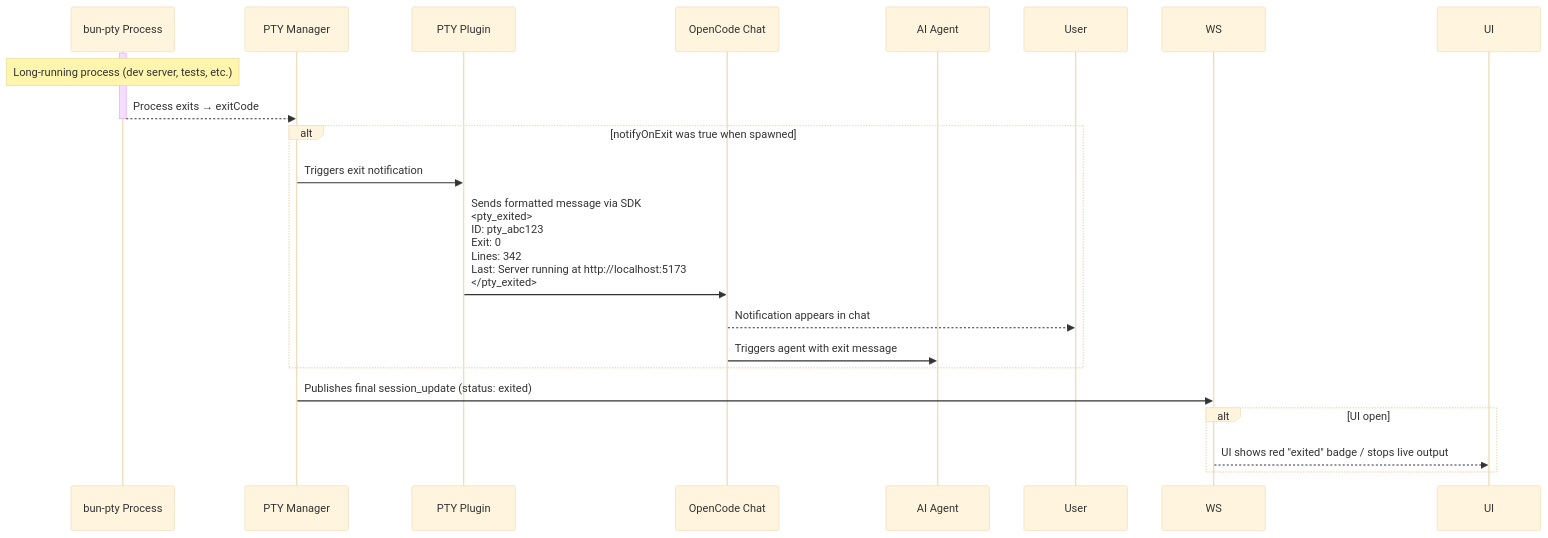
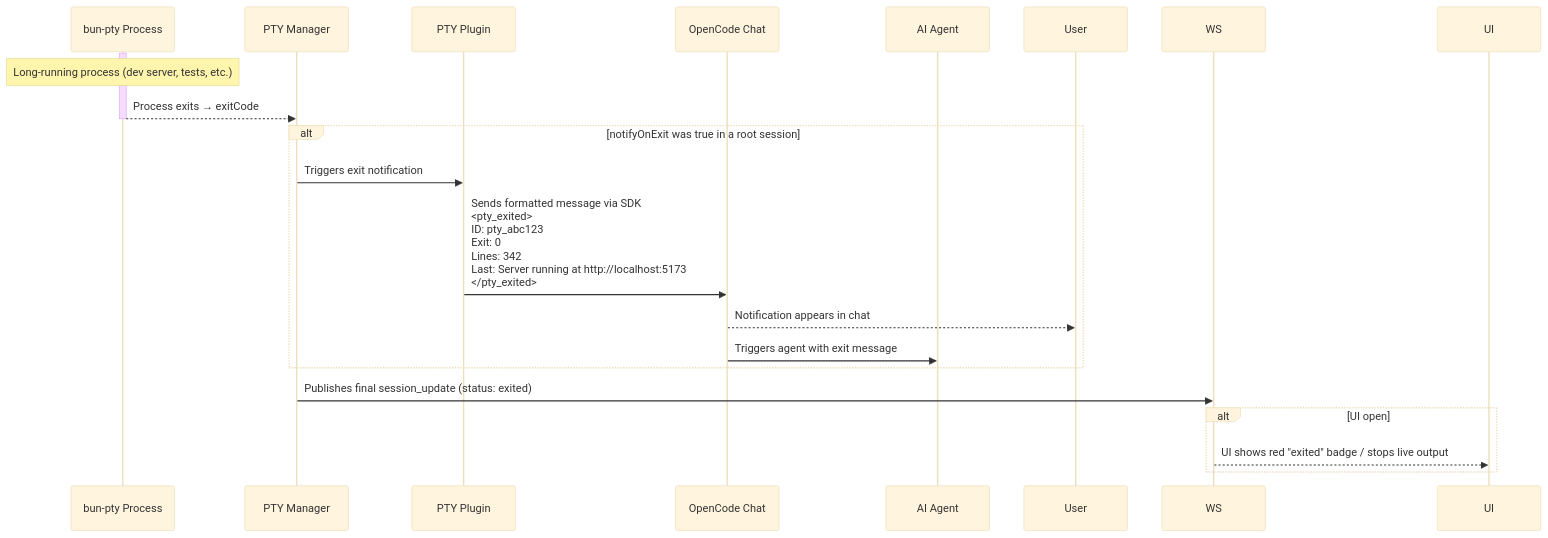
The seventh of 7 diagrams in README.md (makcimbx/opencode-pty), drawn with Mermaid (base theme) before and after one commit. The commit also changed other lines of this file and 23 other files, not shown here.

````diff
--- a/README.md
+++ b/README.md
@@ -603,26 +615,26 @@
 ```mermaid
 sequenceDiagram
     participant PTY as bun-pty Process
     participant Manager as PTY Manager
     participant Plugin as PTY Plugin
     participant Chat as OpenCode Chat
     participant Agent as AI Agent
     participant User
 
     %%{init: {'sequence': {'messageAlign': 'left'}}}%%
 
     activate PTY
     Note over PTY: Long-running process (dev server, tests, etc.)
     PTY-->>Manager: Process exits → exitCode
     deactivate PTY
-    alt notifyOnExit was true when spawned
+    alt notifyOnExit was true in a root session
         Manager->>Plugin: Triggers exit notification
         Plugin->>Chat: Sends formatted message via SDK<br><pty_exited><br>ID: pty_abc123<br>Exit: 0<br>Lines: 342<br>Last: Server running at http://localhost:5173<br></pty_exited>
         Chat-->>User: Notification appears in chat
         Chat->>Agent: Triggers agent with exit message
     end
     Manager->>WS: Publishes final session_update (status: exited)
     alt UI open
         WS-->>UI: UI shows red "exited" badge / stops live output
     end
 ```
````
